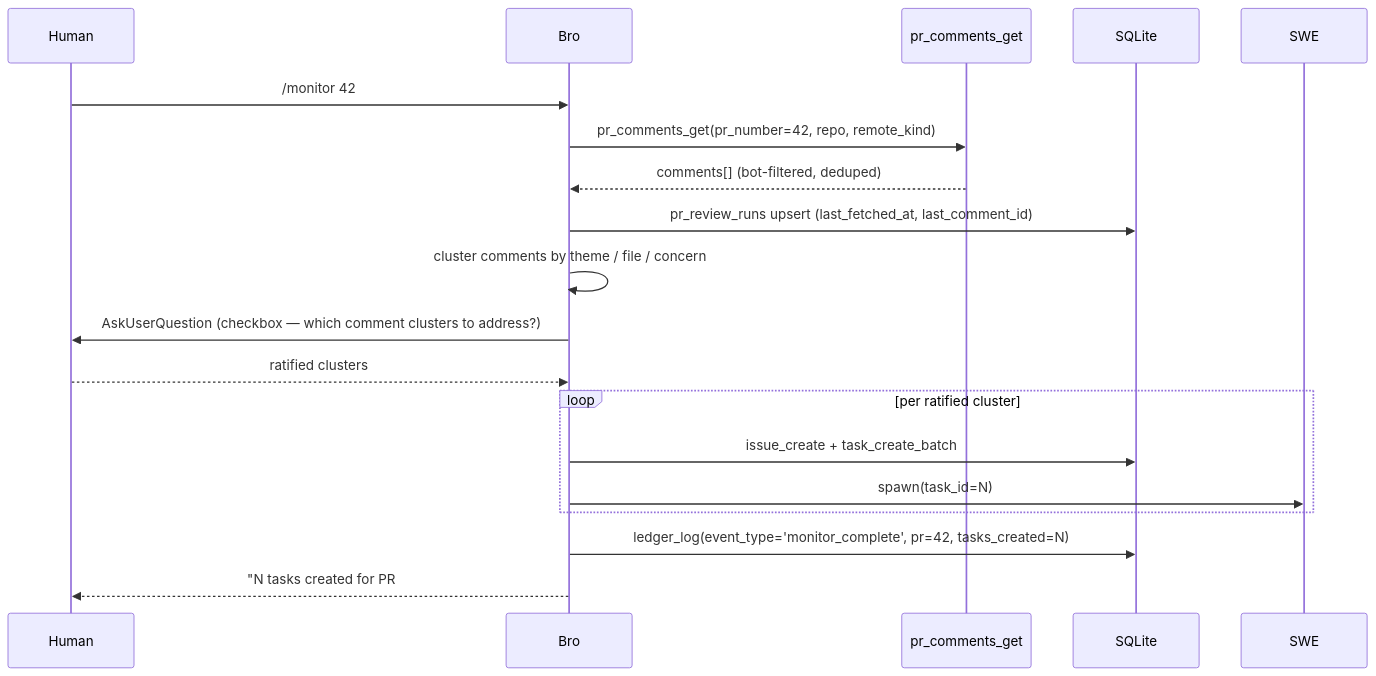
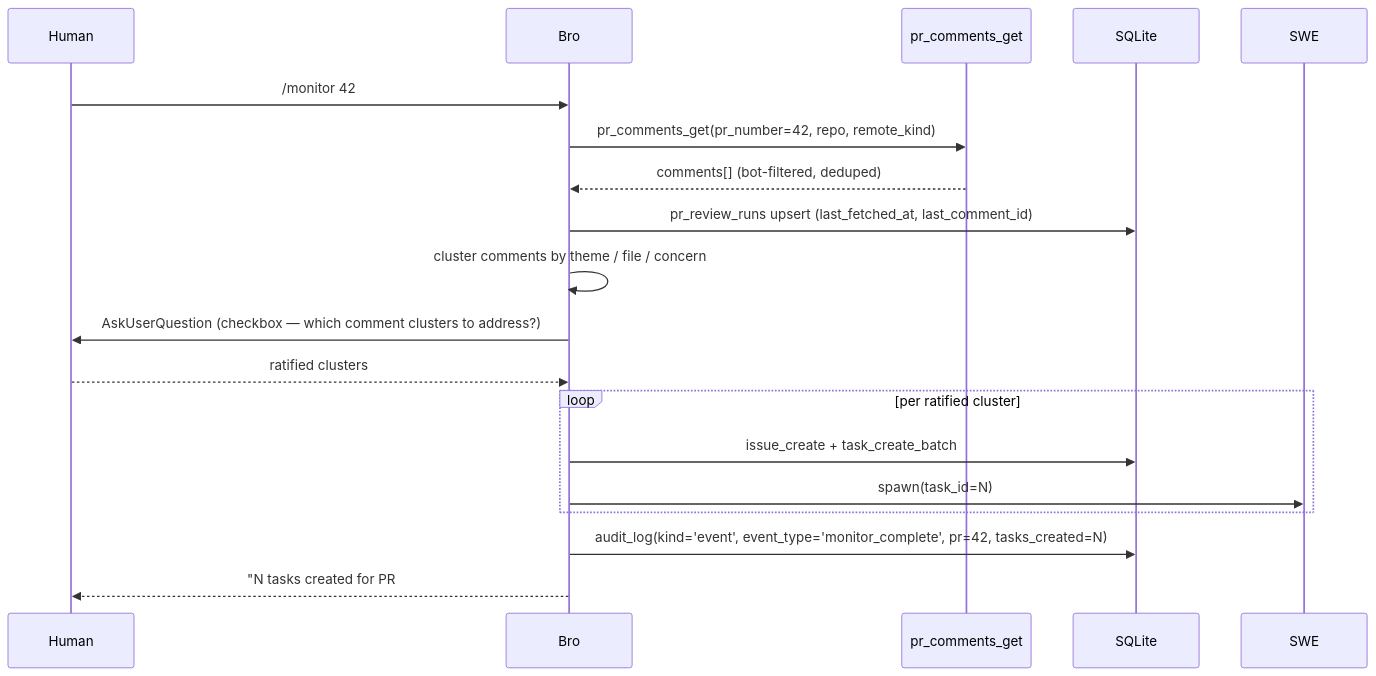
Diagram 12 of 12 in docs/architecture/FLOWS.md (trustmybot/plugin), drawn with Mermaid before and after one commit. The commit also changed other lines of this file and 88 other files, not shown here.

Commit message:
♻️ refactor(170): merge ledger into audit with kind discriminator (BREAKING)

````diff
--- a/docs/architecture/FLOWS.md
+++ b/docs/architecture/FLOWS.md
@@ -790,22 +789,22 @@
 ```mermaid
 sequenceDiagram
     participant H as Human
     participant B as Bro
     participant P as pr_comments_get
     participant DB as SQLite
     participant S as SWE
 
     H->>B: /monitor 42
     B->>P: pr_comments_get(pr_number=42, repo, remote_kind)
     P-->>B: comments[] (bot-filtered, deduped)
     B->>DB: pr_review_runs upsert (last_fetched_at, last_comment_id)
     B->>B: cluster comments by theme / file / concern
     B->>H: AskUserQuestion (checkbox — which comment clusters to address?)
     H-->>B: ratified clusters
     loop per ratified cluster
         B->>DB: issue_create + task_create_batch
         B->>S: spawn(task_id=N)
     end
-    B->>DB: ledger_log(event_type='monitor_complete', pr=42, tasks_created=N)
+    B->>DB: audit_log(kind='event', event_type='monitor_complete', pr=42, tasks_created=N)
     B-->>H: "N tasks created for PR #42 comments."
 ```
````
